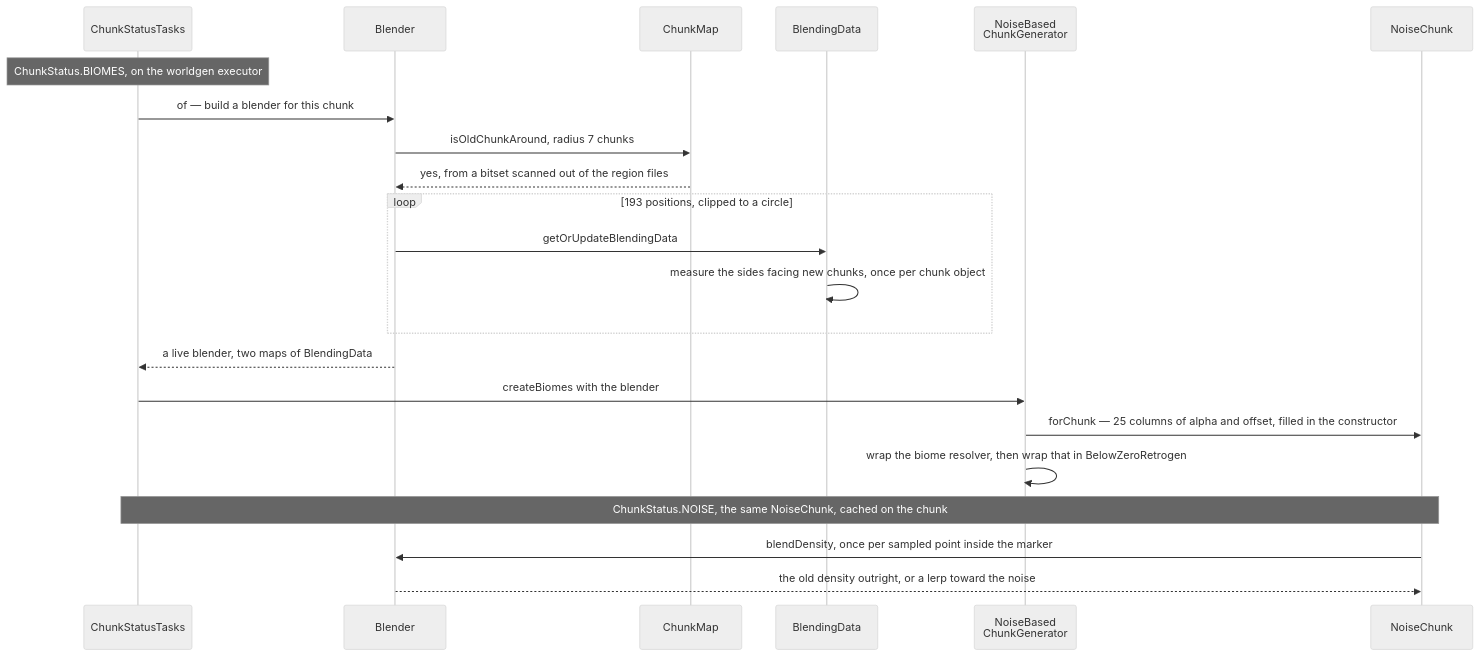
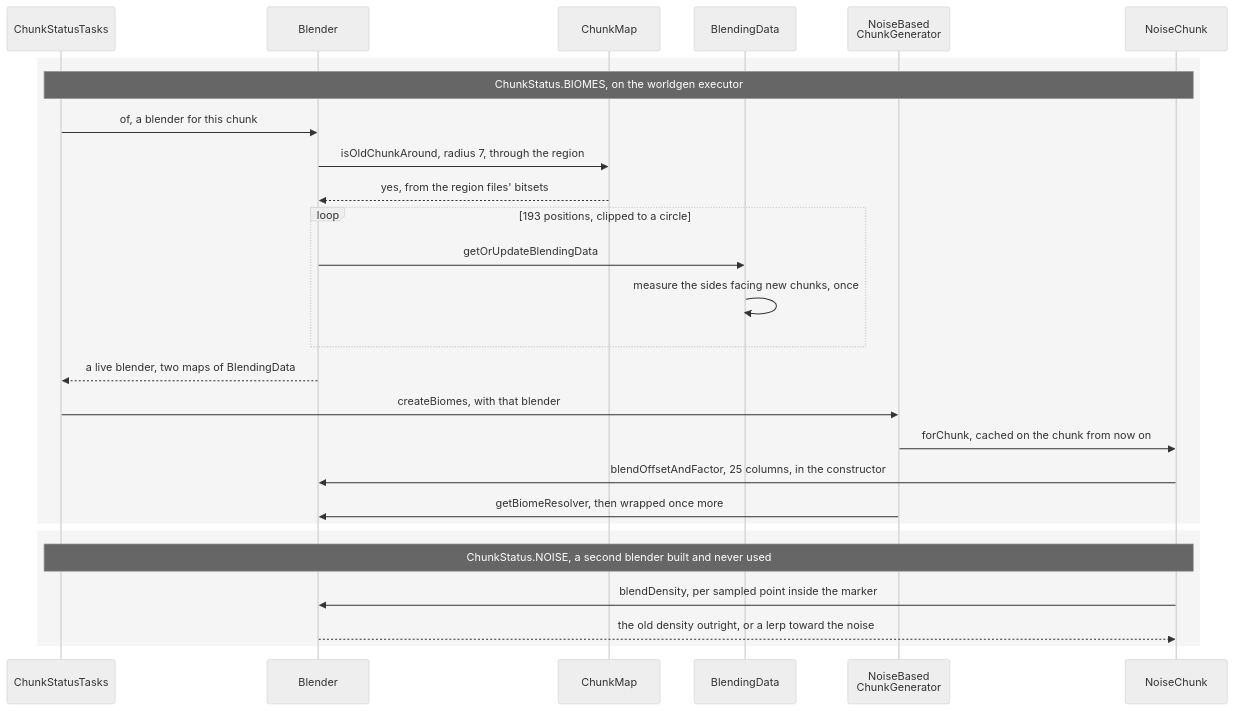
One commit to AlexanderjFraser/MinecraftDocs changed the second of 2 diagrams in src/systems/worldgen/blending.md. Above: the diagram before and after it, drawn with Mermaid (neutral theme). The commit also changed other lines of this file and 16 other files, not shown here.

First line of the commit message:
pass 7, session L — Part XII: a figure that contradicted its page's own hook, twice, and the caller's method at the callee in a tenth part of ten

````diff
--- a/src/systems/worldgen/blending.md
+++ b/src/systems/worldgen/blending.md
@@ -186,25 +183,30 @@
 ```mermaid
 sequenceDiagram
     participant CST as ChunkStatusTasks
     participant Blender as Blender
     participant CM as ChunkMap
     participant BD as BlendingData
     participant NBC as NoiseBased<br/>ChunkGenerator
     participant NC as NoiseChunk
 
-    Note over CST: ChunkStatus.BIOMES, on the worldgen executor
-    CST->>Blender: of — build a blender for this chunk
-    Blender->>CM: isOldChunkAround, radius 7 chunks
-    CM-->>Blender: yes, from a bitset scanned out of the region files
+    rect rgba(0, 0, 0, 0.04)
+    Note over CST,NC: ChunkStatus.BIOMES, on the worldgen executor
+    CST->>Blender: of, a blender for this chunk
+    Blender->>CM: isOldChunkAround, radius 7, through the region
+    CM-->>Blender: yes, from the region files' bitsets
     loop 193 positions, clipped to a circle
         Blender->>BD: getOrUpdateBlendingData
-        BD->>BD: measure the sides facing new chunks, once per chunk object
+        BD->>BD: measure the sides facing new chunks, once
     end
     Blender-->>CST: a live blender, two maps of BlendingData
-    CST->>NBC: createBiomes with the blender
-    NBC->>NC: forChunk — 25 columns of alpha and offset, filled in the constructor
-    NBC->>NBC: wrap the biome resolver, then wrap that in BelowZeroRetrogen
-    Note over CST,NC: ChunkStatus.NOISE, the same NoiseChunk, cached on the chunk
-    NC->>Blender: blendDensity, once per sampled point inside the marker
+    CST->>NBC: createBiomes, with that blender
+    NBC->>NC: forChunk, cached on the chunk from now on
+    NC->>Blender: blendOffsetAndFactor, 25 columns, in the constructor
+    NBC->>Blender: getBiomeResolver, then wrapped once more
+    end
+    rect rgba(0, 0, 0, 0.04)
+    Note over CST,NC: ChunkStatus.NOISE, a second blender built and never used
+    NC->>Blender: blendDensity, per sampled point inside the marker
     Blender-->>NC: the old density outright, or a lerp toward the noise
+    end
 ```
````
